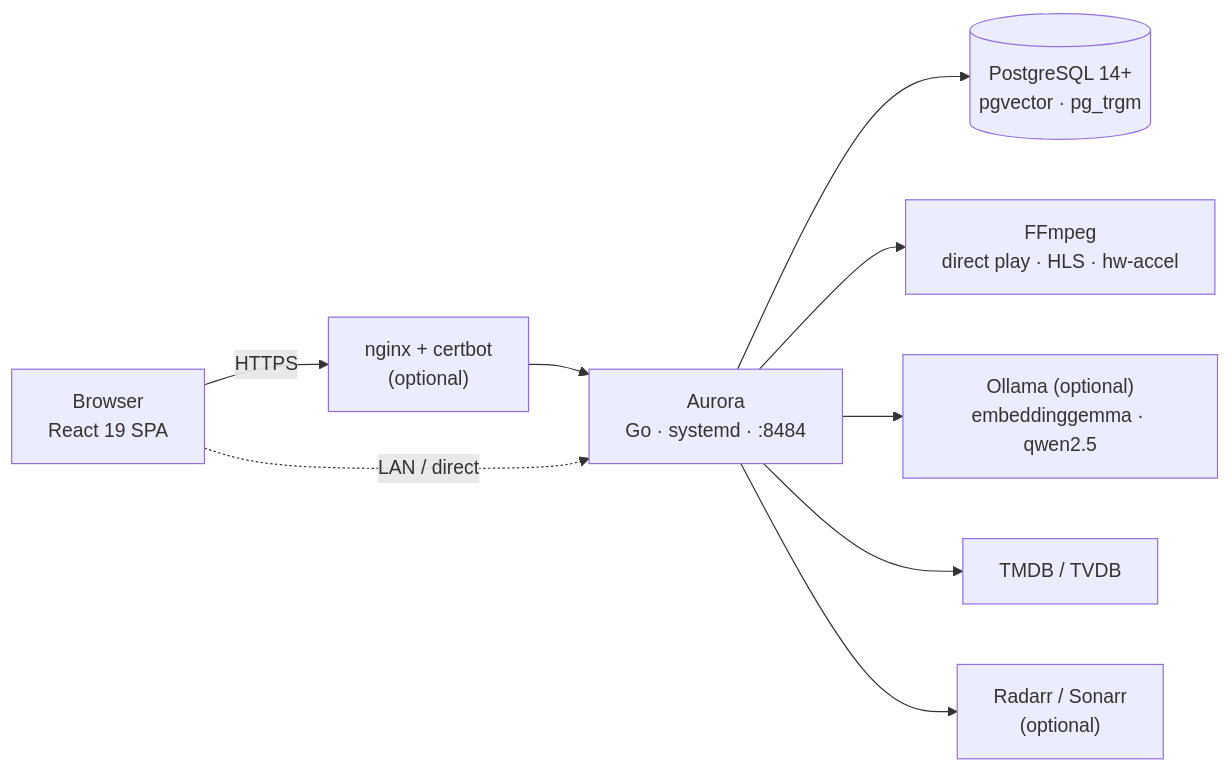
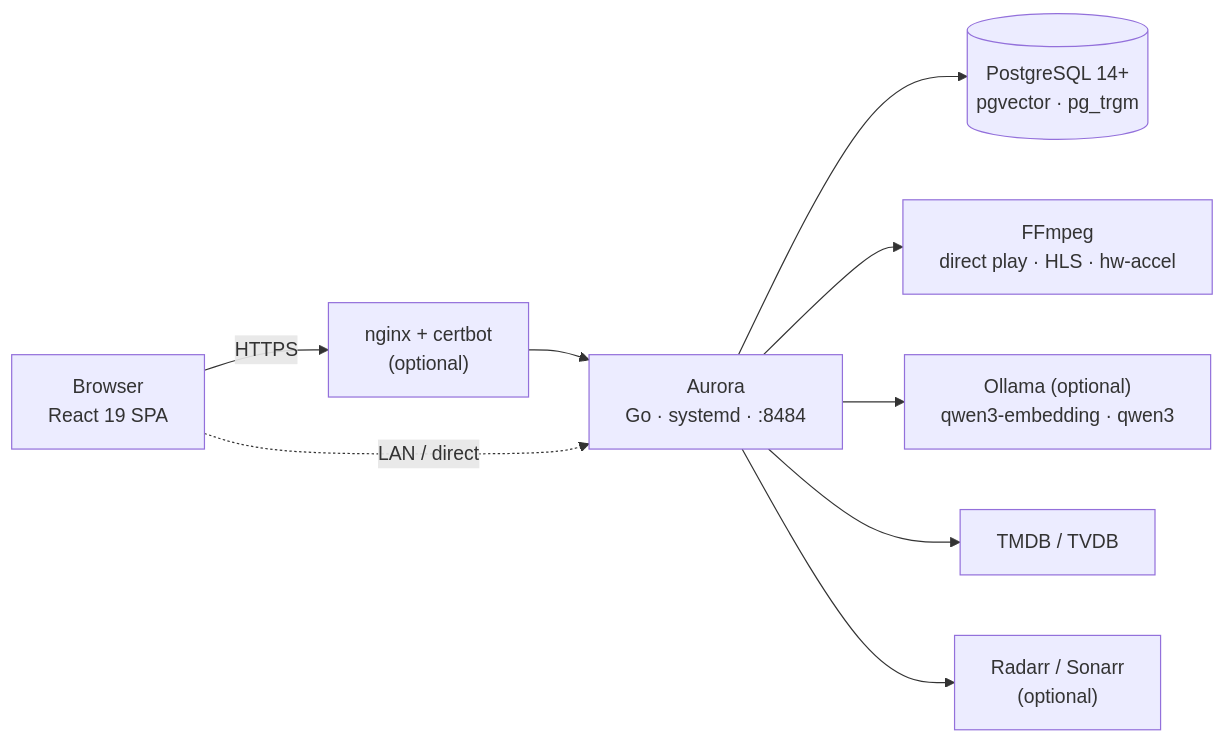
One commit to ronniekai999/AuroraPro.App changed the diagram in README.md. Above: the diagram before and after it, drawn with Mermaid. The commit also changed other lines of this file and 32 other files, not shown here.

````diff
--- a/README.md
+++ b/README.md
@@ -226,11 +226,11 @@
 ```mermaid
 flowchart LR
     B["Browser<br/>React 19 SPA"] -->|"HTTPS"| N["nginx + certbot<br/>(optional)"]
     N --> A["Aurora<br/>Go · systemd · :8484"]
     B -.->|"LAN / direct"| A
     A --> P[("PostgreSQL 14+<br/>pgvector · pg_trgm")]
     A --> F["FFmpeg<br/>direct play · HLS · hw-accel"]
-    A --> O["Ollama (optional)<br/>embeddinggemma · qwen2.5"]
+    A --> O["Ollama (optional)<br/>qwen3-embedding · qwen3"]
     A --> M["TMDB / TVDB"]
     A --> R["Radarr / Sonarr<br/>(optional)"]
 ```
````
